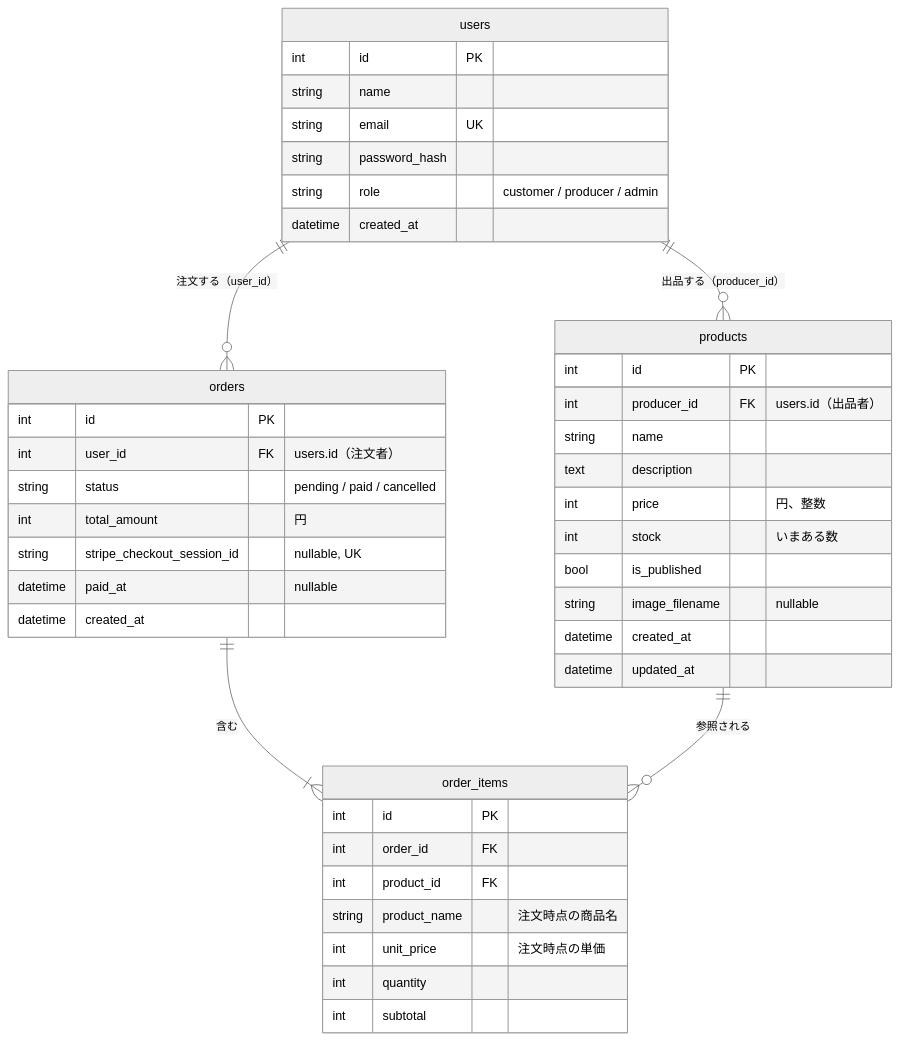
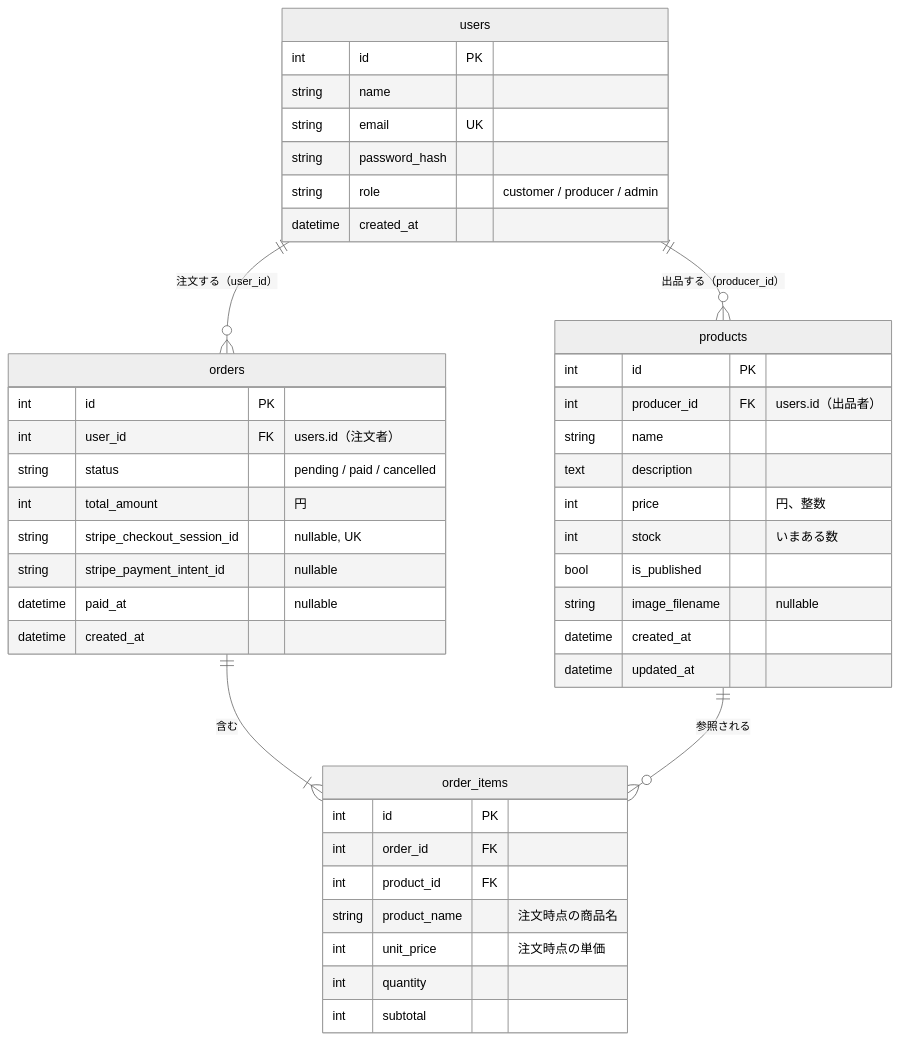
The diagram in docs/design/database.md (TannaiTomoya/marche-app), drawn with Mermaid (neutral theme) before and after one commit. The commit also changed other lines of this file and 27 other files, not shown here.

````diff
--- a/docs/design/database.md
+++ b/docs/design/database.md
@@ -7,46 +7,47 @@
 ```mermaid
 erDiagram
     users ||--o{ products : "出品する（producer_id）"
     users ||--o{ orders : "注文する（user_id）"
     orders ||--|{ order_items : "含む"
     products ||--o{ order_items : "参照される"
 
     users {
         int id PK
         string name
         string email UK
         string password_hash
         string role "customer / producer / admin"
         datetime created_at
     }
     products {
         int id PK
         int producer_id FK "users.id（出品者）"
         string name
         text description
         int price "円、整数"
         int stock "いまある数"
         bool is_published
         string image_filename "nullable"
         datetime created_at
         datetime updated_at
     }
     orders {
         int id PK
         int user_id FK "users.id（注文者）"
         string status "pending / paid / cancelled"
         int total_amount "円"
         string stripe_checkout_session_id "nullable, UK"
+        string stripe_payment_intent_id "nullable"
         datetime paid_at "nullable"
         datetime created_at
     }
     order_items {
         int id PK
         int order_id FK
         int product_id FK
         string product_name "注文時点の商品名"
         int unit_price "注文時点の単価"
         int quantity
         int subtotal
     }
 ```
````
